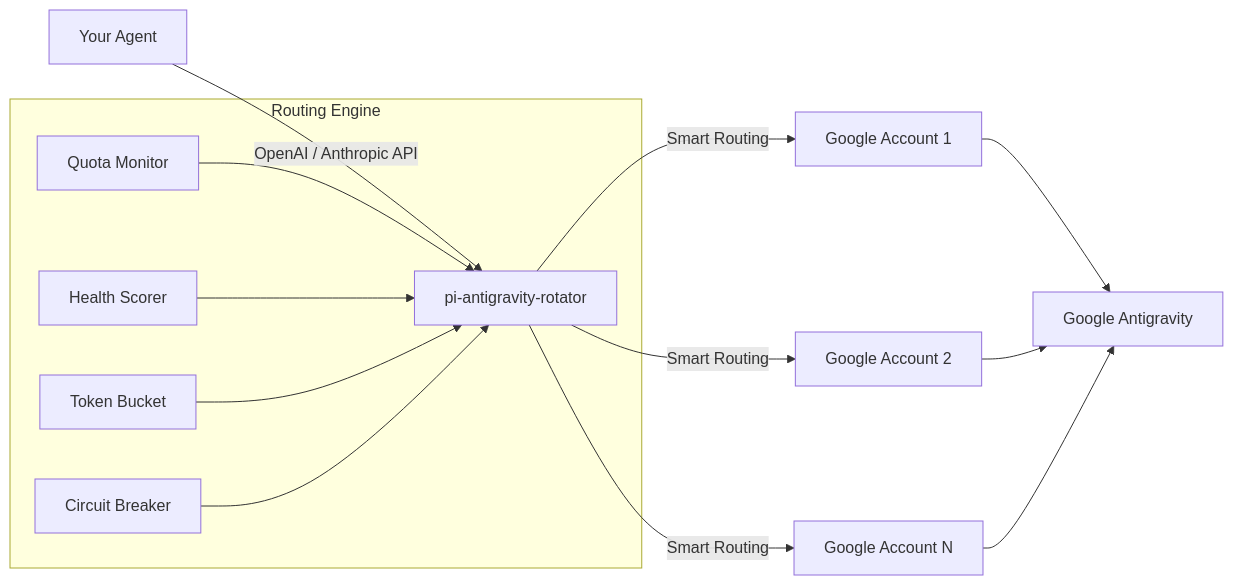
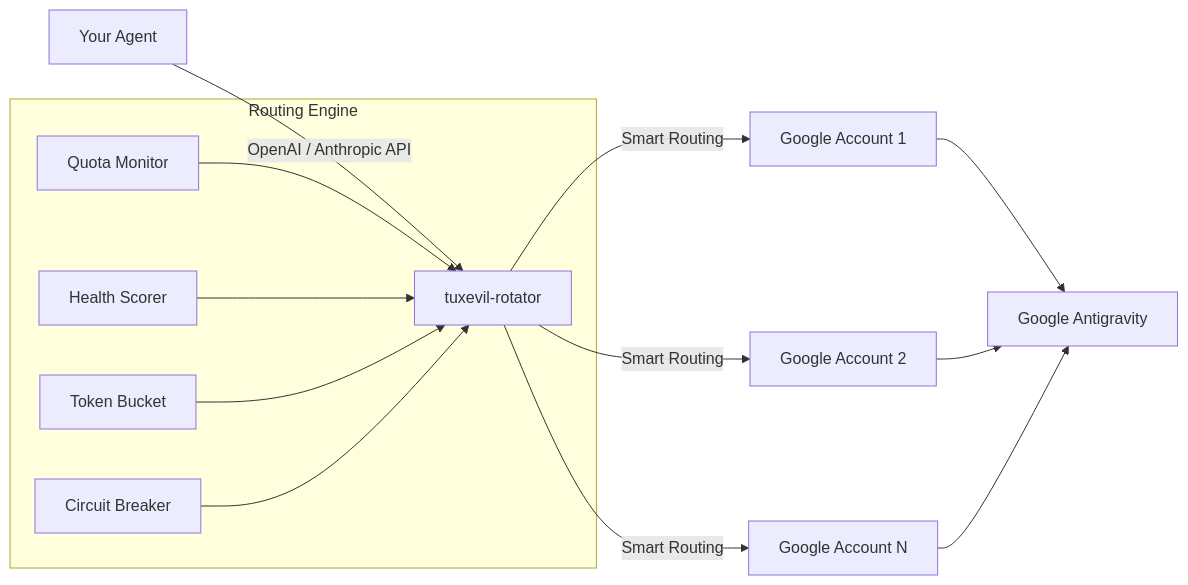
The diagram in docs/how-it-works.md (javargasm/pi-antigravity-rotator), drawn with Mermaid before and after one commit. The commit also changed 50 other files, not shown here.

Commit message:
feat: release tuxevil-rotator 3.0.0 rebrand

````diff
--- a/docs/how-it-works.md
+++ b/docs/how-it-works.md
@@ -21,17 +21,17 @@
 ```mermaid
 graph LR
-    A[Your Agent] -->|OpenAI / Anthropic API| B[pi-antigravity-rotator]
+    A[Your Agent] -->|OpenAI / Anthropic API| B[tuxevil-rotator]
     B -->|Smart Routing| C[Google Account 1]
     B -->|Smart Routing| D[Google Account 2]
     B -->|Smart Routing| E[Google Account N]
     C --> F[Google Antigravity]
     D --> F
     E --> F
 
     subgraph Routing Engine
         G[Quota Monitor] --> B
         H[Health Scorer] --> B
         I[Token Bucket] --> B
         J[Circuit Breaker] --> B
     end
 ```
````
